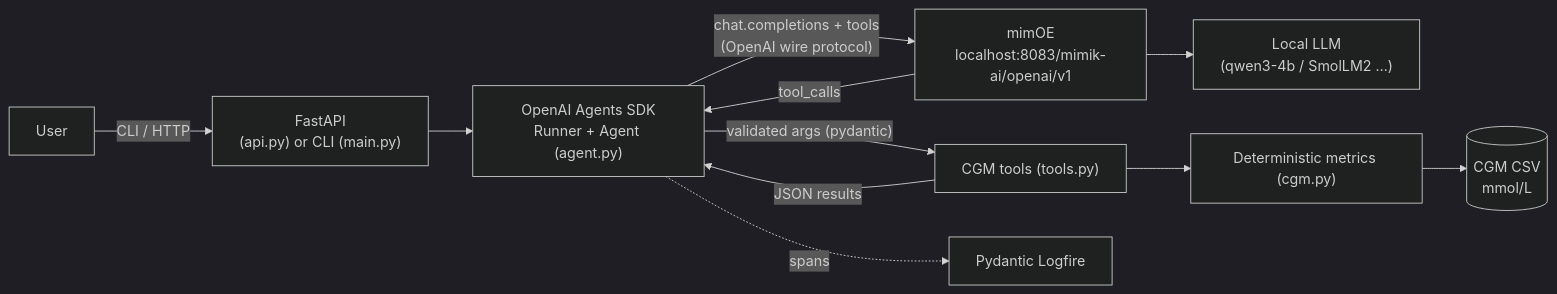
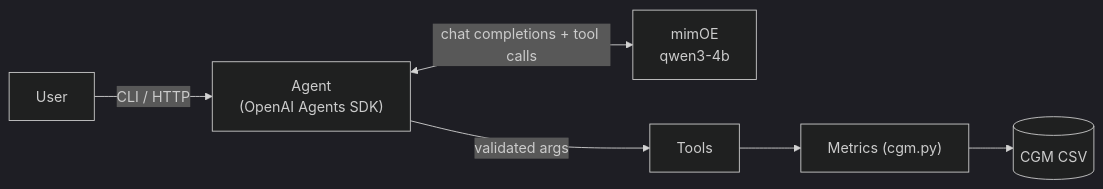
Before and after one commit to KiarashTaheri/MimeOSAgents: the diagram in README.md, drawn with Mermaid (dark theme). The commit also changed other lines of this file and 1 other file, not shown here.

````diff
--- a/README.md
+++ b/README.md
@@ -25,13 +42,8 @@
 ```mermaid
 flowchart LR
-    U[User] -->|CLI / HTTP| API["FastAPI<br/>(api.py) or CLI (main.py)"]
-    API --> R["OpenAI Agents SDK<br/>Runner + Agent (agent.py)"]
-    R -->|"chat.completions + tools<br/>(OpenAI wire protocol)"| M["mimOE<br/>localhost:8083/mimik-ai/openai/v1"]
-    M --> L["Local LLM<br/>(qwen3-4b / SmolLM2 …)"]
-    M -->|tool_calls| R
-    R -->|"validated args (pydantic)"| T["CGM tools (tools.py)"]
-    T --> C["Deterministic metrics (cgm.py)"]
-    C --> D[("CGM CSV<br/>mmol/L")]
-    T -->|JSON results| R
-    R -. spans .-> LF["Pydantic Logfire"]
+    U[User] -->|CLI / HTTP| A["Agent<br/>(OpenAI Agents SDK)"]
+    A <-->|"chat completions + tool calls"| M["mimOE<br/>qwen3-4b"]
+    A -->|"validated args"| T["Tools"]
+    T --> C["Metrics (cgm.py)"]
+    C --> D[("CGM CSV")]
 ```
````
